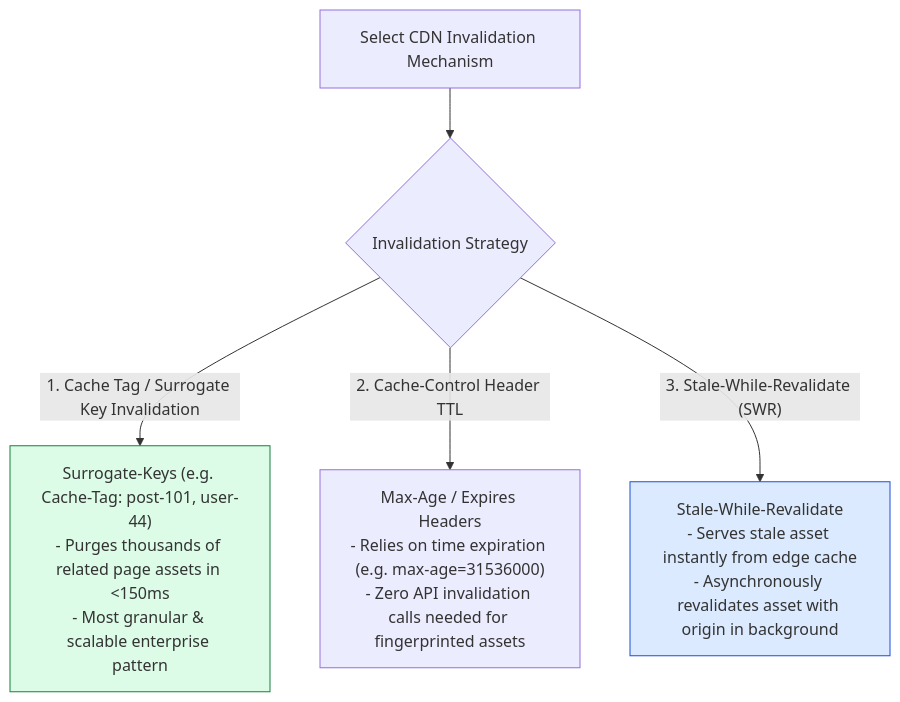
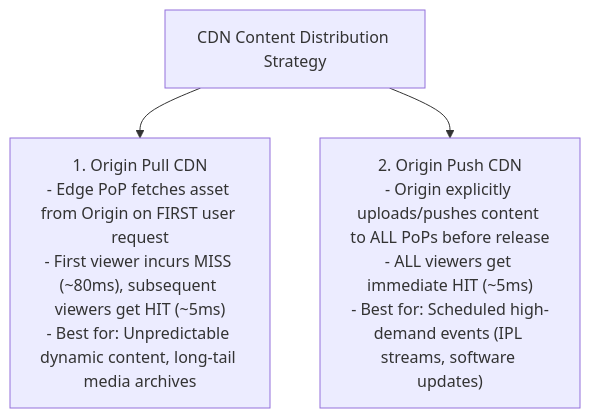
The second of 3 diagrams in system-design-notes/07-cdn-and-edge.md (Amie-dev/engineering-playbook), drawn with Mermaid before and after one commit. The commit also changed other lines of this file and 33 other files, not shown here.

````diff
--- a/system-design-notes/07-cdn-and-edge.md
+++ b/system-design-notes/07-cdn-and-edge.md
@@ -38,13 +46,6 @@
 ```mermaid
 flowchart TD
-    InvalidationChoice[Select CDN Invalidation Mechanism] --> Method{Invalidation Strategy}
-
-    Method -- "1. Cache Tag / Surrogate Key Invalidation" --> Tagging["Surrogate-Keys (e.g. Cache-Tag: post-101, user-44)<br/>- Purges thousands of related page assets in <150ms<br/>- Most granular & scalable enterprise pattern"]
-
-    Method -- "2. Cache-Control Header TTL" --> MaxAge["Max-Age / Expires Headers<br/>- Relies on time expiration (e.g. max-age=31536000)<br/>- Zero API invalidation calls needed for fingerprinted assets"]
-
-    Method -- "3. Stale-While-Revalidate (SWR)" --> SWR["Stale-While-Revalidate<br/>- Serves stale asset instantly from edge cache<br/>- Asynchronously revalidates asset with origin in background"]
-
-    style Tagging fill:#dcfce7,stroke:#15803d
-    style SWR fill:#dbeafe,stroke:#1d4ed8
+    CDNChoice[CDN Content Distribution Strategy] --> PullModel["1. Origin Pull CDN<br/>- Edge PoP fetches asset from Origin on FIRST user request<br/>- First viewer incurs MISS (~80ms), subsequent viewers get HIT (~5ms)<br/>- Best for: Unpredictable dynamic content, long-tail media archives"]
+    
+    CDNChoice --> PushModel["2. Origin Push CDN<br/>- Origin explicitly uploads/pushes content to ALL PoPs before release<br/>- ALL viewers get immediate HIT (~5ms)<br/>- Best for: Scheduled high-demand events (IPL streams, software updates)"]
 ```
````
